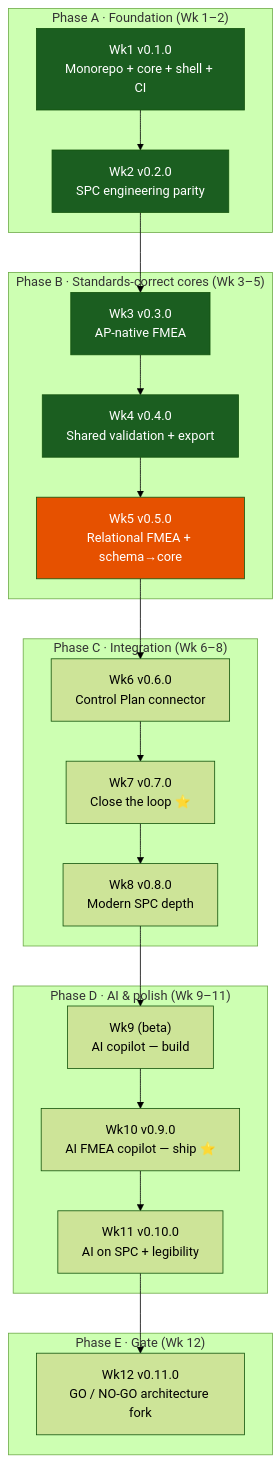
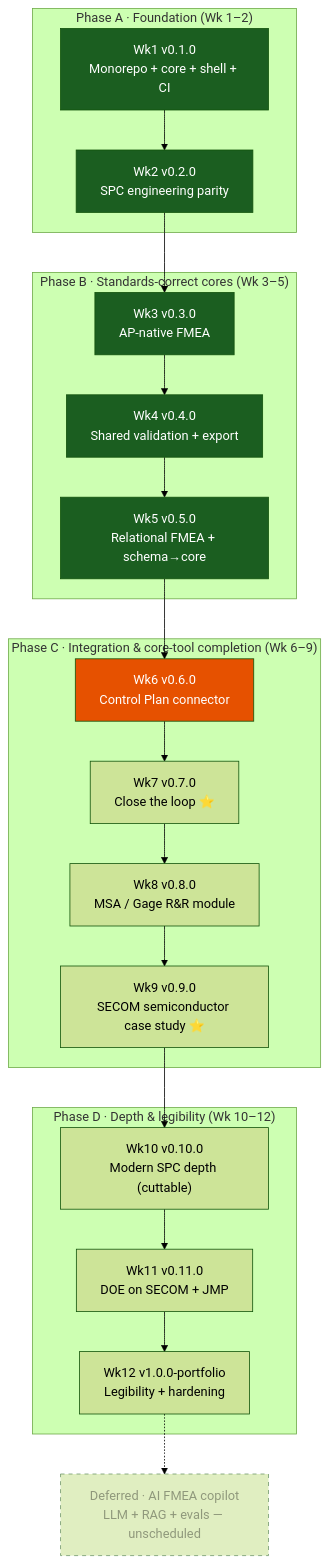
Before and after one commit to Siddardth7/quality-platform: the third of 3 diagrams in ROADMAP.md, drawn with Mermaid (forest theme). The commit also changed other lines of this file, not shown here.

First line of the commit message:
docs(roadmap): reroute post-v0.5.0 — defer AI copilot, add MSA + SECOM (#74)

````diff
--- a/ROADMAP.md
+++ b/ROADMAP.md
@@ -147,31 +147,32 @@
 ```mermaid
 flowchart TB
     subgraph PA["Phase A · Foundation (Wk 1–2)"]
         W1["Wk1 v0.1.0<br/>Monorepo + core + shell + CI"]
         W2["Wk2 v0.2.0<br/>SPC engineering parity"]
     end
     subgraph PB["Phase B · Standards-correct cores (Wk 3–5)"]
         W3["Wk3 v0.3.0<br/>AP-native FMEA"]
         W4["Wk4 v0.4.0<br/>Shared validation + export"]
         W5["Wk5 v0.5.0<br/>Relational FMEA + schema→core"]
     end
-    subgraph PC["Phase C · Integration (Wk 6–8)"]
+    subgraph PC["Phase C · Integration & core-tool completion (Wk 6–9)"]
         W6["Wk6 v0.6.0<br/>Control Plan connector"]
         W7["Wk7 v0.7.0<br/>Close the loop ⭐"]
-        W8["Wk8 v0.8.0<br/>Modern SPC depth"]
+        W8["Wk8 v0.8.0<br/>MSA / Gage R&R module"]
+        W9["Wk9 v0.9.0<br/>SECOM semiconductor case study ⭐"]
     end
-    subgraph PD["Phase D · AI & polish (Wk 9–11)"]
-        W9["Wk9 (beta)<br/>AI copilot — build"]
-        W10["Wk10 v0.9.0<br/>AI FMEA copilot — ship ⭐"]
-        W11["Wk11 v0.10.0<br/>AI on SPC + legibility"]
+    subgraph PD["Phase D · Depth & legibility (Wk 10–12)"]
+        W10["Wk10 v0.10.0<br/>Modern SPC depth (cuttable)"]
+        W11["Wk11 v0.11.0<br/>DOE on SECOM + JMP"]
+        W12["Wk12 v1.0.0-portfolio<br/>Legibility + hardening"]
     end
-    subgraph PE["Phase E · Gate (Wk 12)"]
-        W12["Wk12 v0.11.0<br/>GO / NO-GO architecture fork"]
-    end
+    DEF["Deferred · AI FMEA copilot<br/>LLM + RAG + evals — unscheduled"]:::deferred
     W1-->W2-->W3-->W4-->W5-->W6-->W7-->W8-->W9-->W10-->W11-->W12
+    W12 -.-> DEF
 
     classDef done fill:#1b5e20,color:#fff;
     classDef active fill:#e65100,color:#fff;
-    class W1,W2,W3,W4 done;
-    class W5 active;
+    classDef deferred stroke-dasharray: 5 5,opacity:0.6;
+    class W1,W2,W3,W4,W5 done;
+    class W6 active;
 ```
````
